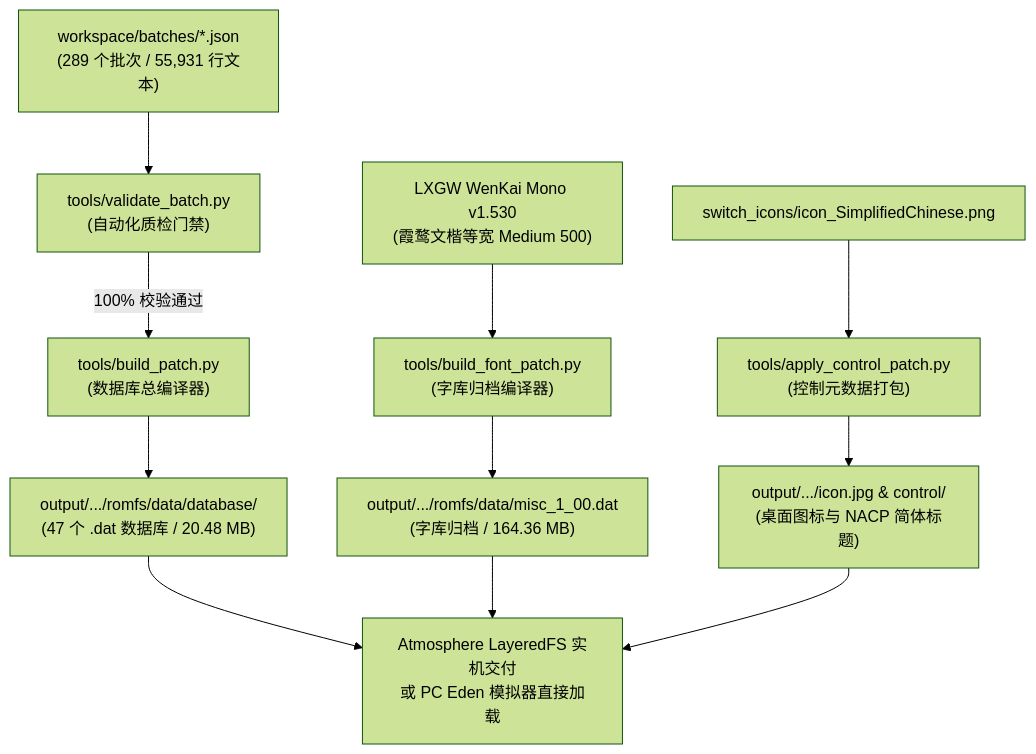
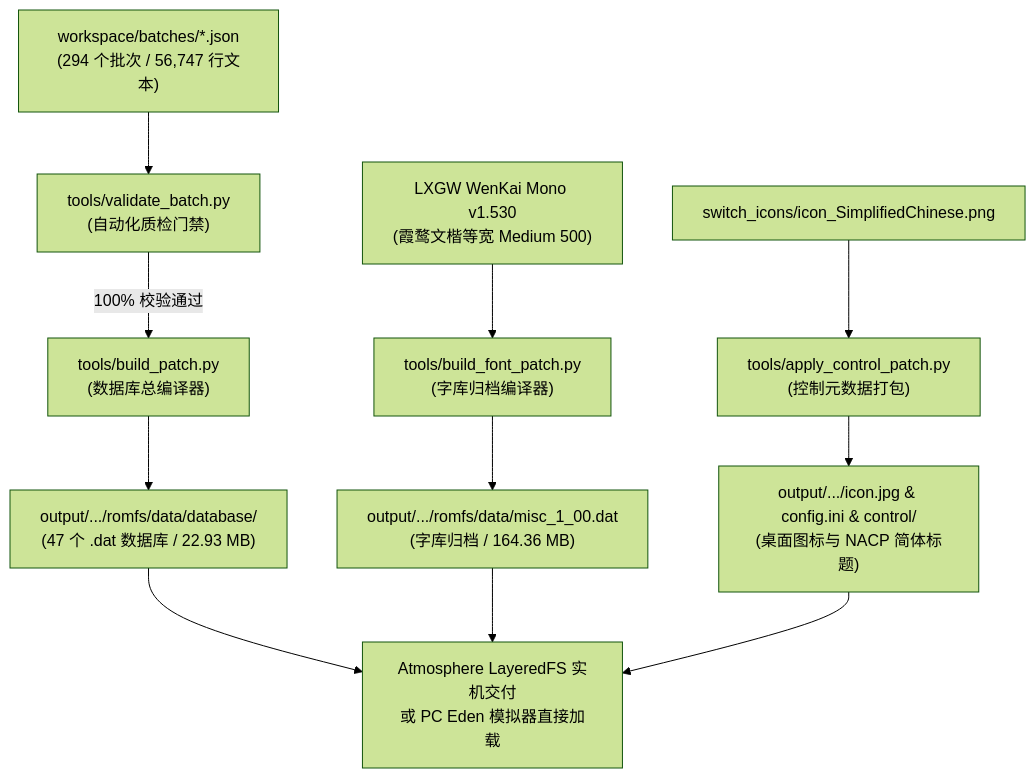
One commit to Electr0Whale/Village-SC changed the diagram in docs/BUILD_GUIDE.md. Above: the diagram before and after it, drawn with Mermaid (forest theme). The commit also changed other lines of this file and 624 other files, not shown here.

````diff
--- a/docs/BUILD_GUIDE.md
+++ b/docs/BUILD_GUIDE.md
@@ -43,14 +43,14 @@
 ```mermaid
 flowchart TD
-    A["workspace/batches/*.json<br/>(289 个批次 / 55,931 行文本)"] --> B["tools/validate_batch.py<br/>(自动化质检门禁)"]
+    A["workspace/batches/*.json<br/>(294 个批次 / 56,747 行文本)"] --> B["tools/validate_batch.py<br/>(自动化质检门禁)"]
     B -->|100% 校验通过| C["tools/build_patch.py<br/>(数据库总编译器)"]
-    C --> D["output/.../romfs/data/database/<br/>(47 个 .dat 数据库 / 20.48 MB)"]
+    C --> D["output/.../romfs/data/database/<br/>(47 个 .dat 数据库 / 22.93 MB)"]
     
     E["LXGW WenKai Mono v1.530<br/>(霞鹜文楷等宽 Medium 500)"] --> F["tools/build_font_patch.py<br/>(字库归档编译器)"]
     F --> G["output/.../romfs/data/misc_1_00.dat<br/>(字库归档 / 164.36 MB)"]
     
     H["switch_icons/icon_SimplifiedChinese.png"] --> I["tools/apply_control_patch.py<br/>(控制元数据打包)"]
-    I --> J["output/.../icon.jpg & control/<br/>(桌面图标与 NACP 简体标题)"]
+    I --> J["output/.../icon.jpg & config.ini & control/<br/>(桌面图标与 NACP 简体标题)"]
     
     D & G & J --> K["Atmosphere LayeredFS 实机交付<br/>或 PC Eden 模拟器直接加载"]
 ```
````
